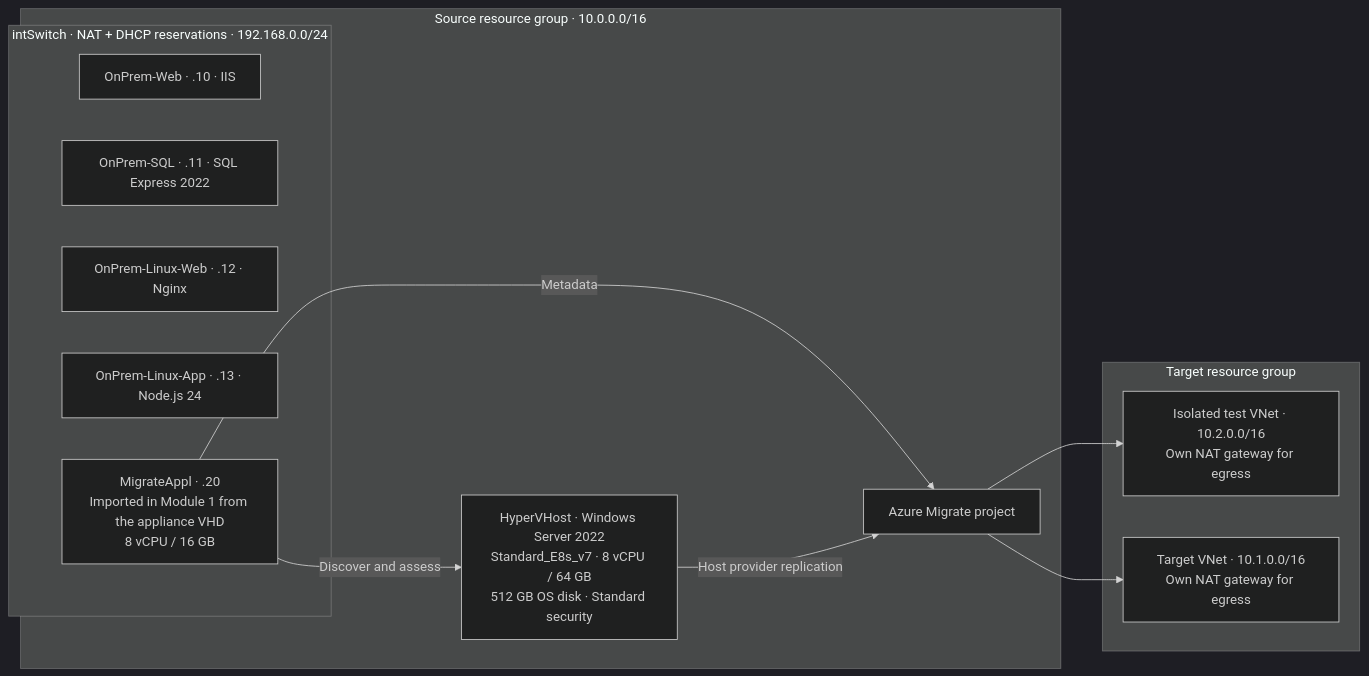
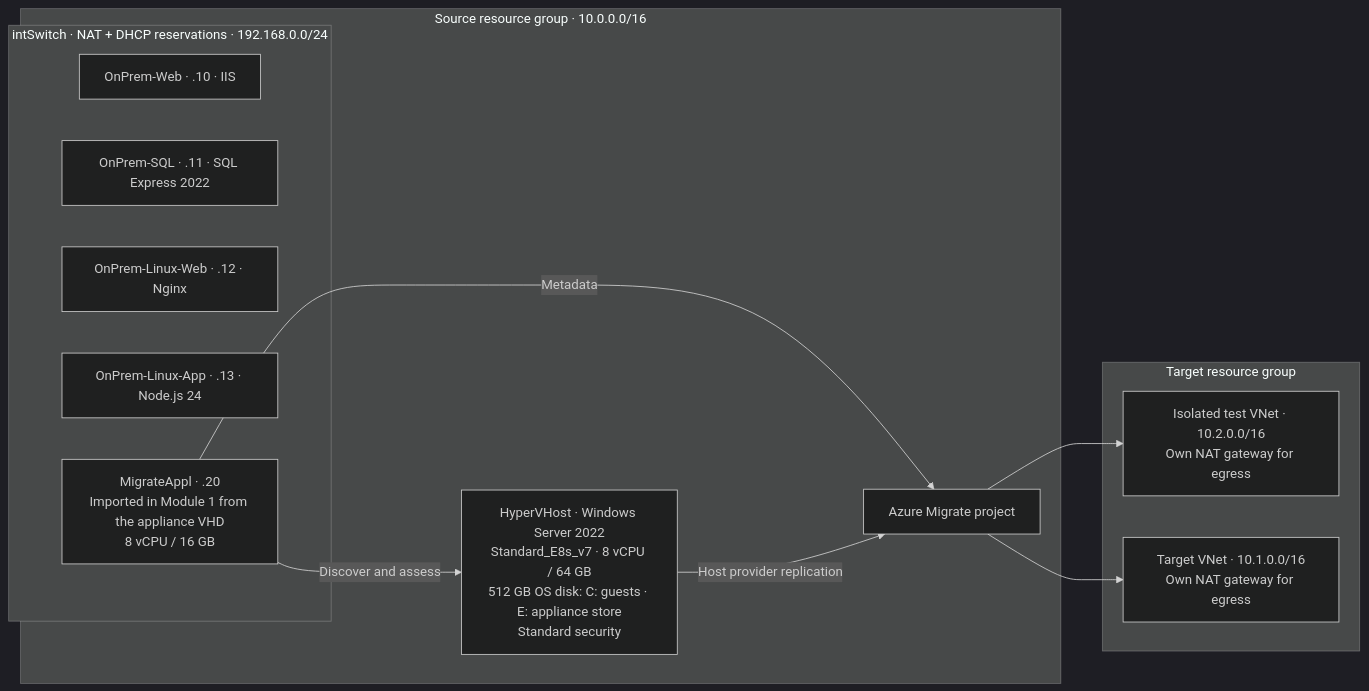
Before and after one commit to JBibbs19/azure-migrate-workshop: the diagram in README.md, drawn with Mermaid (dark theme). The commit also changed other lines of this file and 9 other files, not shown here.

````diff
--- a/README.md
+++ b/README.md
@@ -27,23 +27,23 @@
 ```mermaid
 flowchart LR
   subgraph Source["Source resource group · 10.0.0.0/16"]
-    Host["HyperVHost · Windows Server 2022\nStandard_E8s_v7 · 8 vCPU / 64 GB\n512 GB OS disk · Standard security"]
+    Host["HyperVHost · Windows Server 2022\nStandard_E8s_v7 · 8 vCPU / 64 GB\n512 GB OS disk: C: guests · E: appliance store\nStandard security"]
     subgraph Nested["intSwitch · NAT + DHCP reservations · 192.168.0.0/24"]
       IIS["OnPrem-Web · .10 · IIS"]
       SQL["OnPrem-SQL · .11 · SQL Express 2022"]
       Nginx["OnPrem-Linux-Web · .12 · Nginx"]
       App["OnPrem-Linux-App · .13 · Node.js 24"]
       Appliance["MigrateAppl · .20\nImported in Module 1 from the appliance VHD\n8 vCPU / 16 GB"]
     end
     Project["Azure Migrate project"]
     Appliance -->|Discover and assess| Host
     Appliance -->|Metadata| Project
   end
   subgraph Destination["Target resource group"]
     Test["Isolated test VNet · 10.2.0.0/16\nOwn NAT gateway for egress"]
     Target["Target VNet · 10.1.0.0/16\nOwn NAT gateway for egress"]
   end
   Host -->|Host provider replication| Project
   Project --> Test
   Project --> Target
 ```
````
